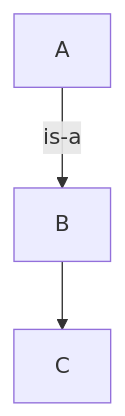
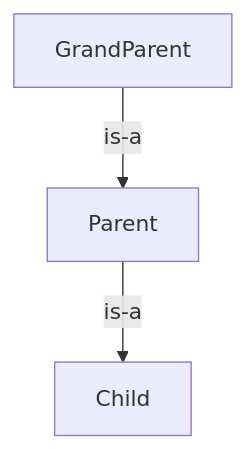
Before and after one commit to chanduujjina/JSE_Practice_2025_B1: the second of 5 diagrams in TypesOfInheritance.md, drawn with Mermaid.

````diff
--- a/TypesOfInheritance.md
+++ b/TypesOfInheritance.md
@@ -13,6 +13,6 @@
 ```mermaid
 graph TD;
-    A-->|is-a|B;
-    B-->C
+    GrandParent-->|is-a|Parent;
+    Parent-->|is-a|Child
     
 ```
````
